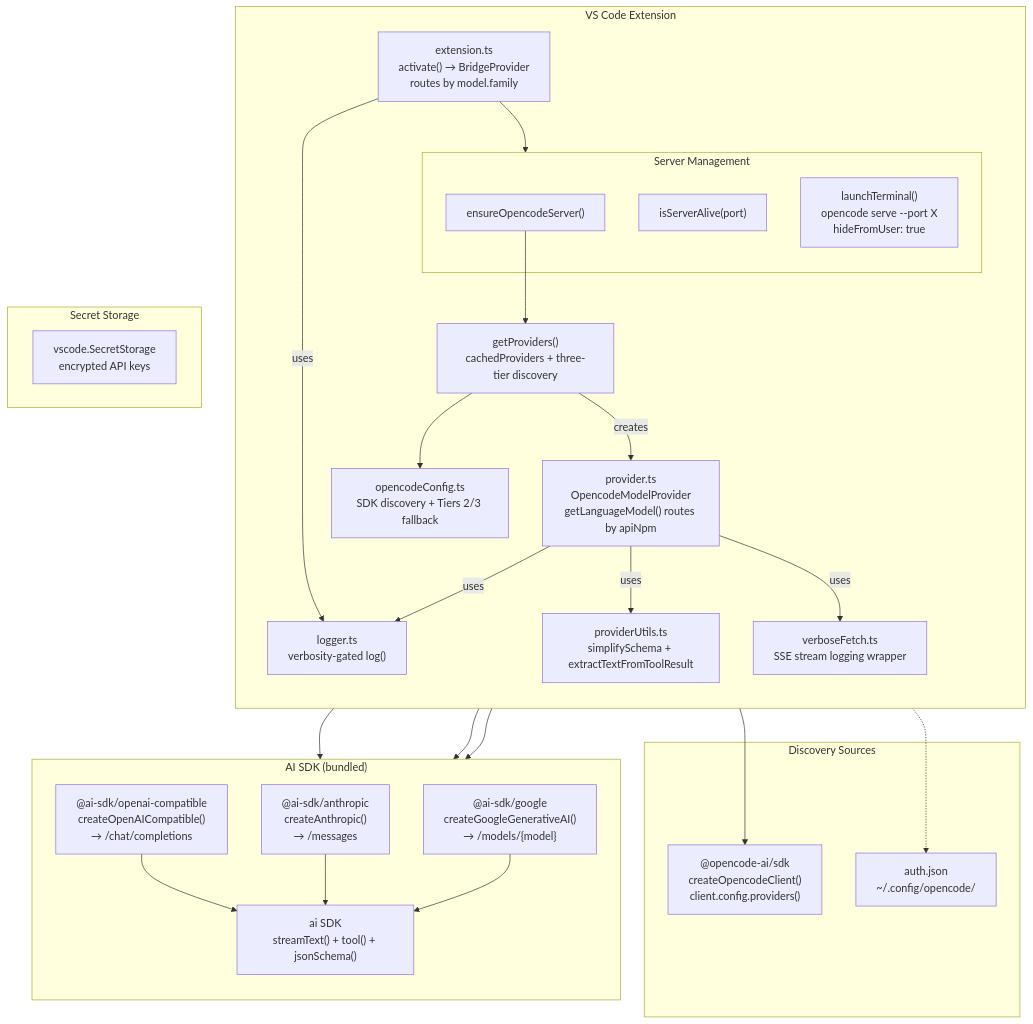
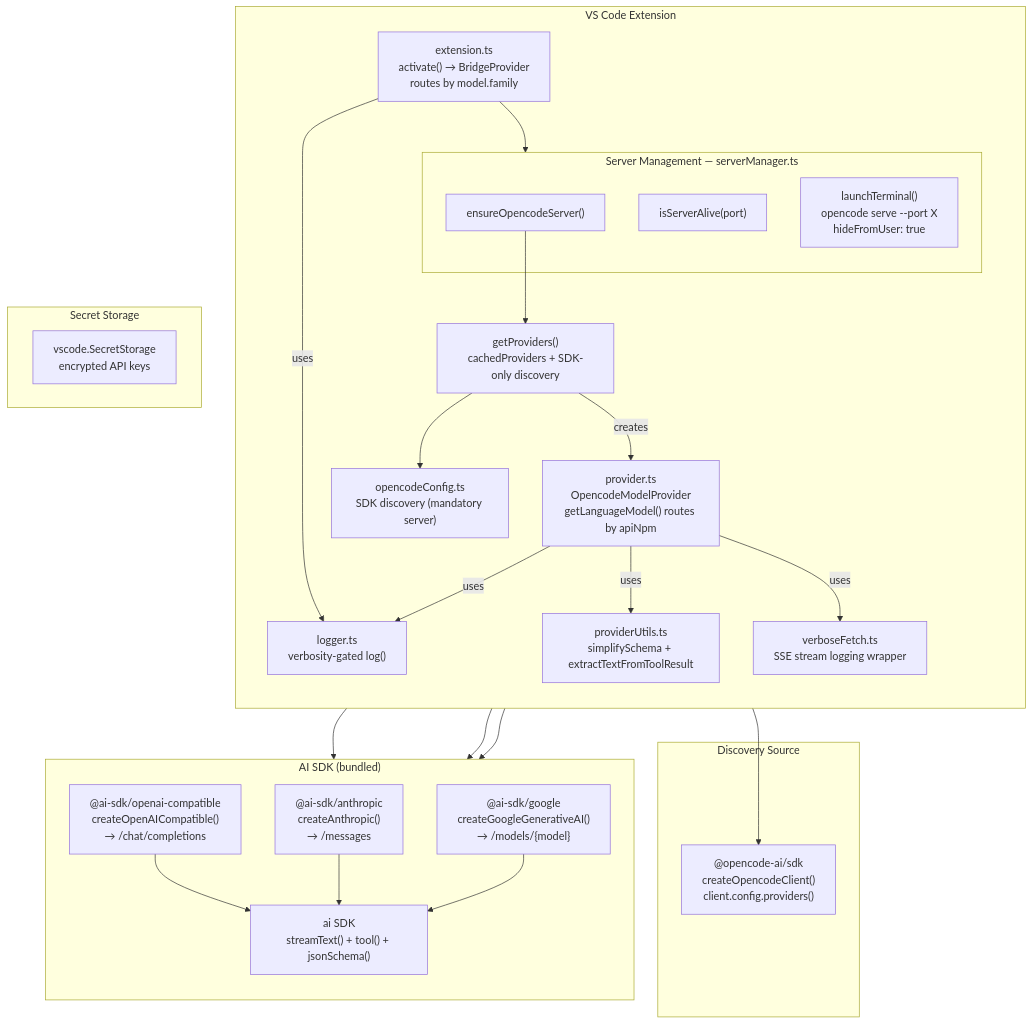
The first of 2 diagrams in ARCHITECTURE.md (ankurmay1988/opencode-provider-bridge), drawn with Mermaid before and after one commit. The commit also changed other lines of this file and 5 other files, not shown here.

Commit message:
chore: local refactor — SDK-only discovery, serverManager extraction, pricing metadata, tool input normalization

````diff
--- a/ARCHITECTURE.md
+++ b/ARCHITECTURE.md
@@ -7,55 +7,53 @@
 ```mermaid
 flowchart TB
     subgraph VSCode["VS Code Extension"]
         direction TB
         ext["extension.ts<br/>activate() → BridgeProvider<br/>routes by model.family"]
 
-        subgraph ServerMgmt["Server Management"]
+        subgraph ServerMgmt["Server Management — serverManager.ts"]
             ensure["ensureOpencodeServer()"]
             alive["isServerAlive(port)"]
             launch["launchTerminal()<br/>opencode serve --port X<br/>hideFromUser: true"]
         end
 
-        cache["getProviders()<br/>cachedProviders + three-tier discovery"]
-        config["opencodeConfig.ts<br/>SDK discovery + Tiers 2/3 fallback"]
+        cache["getProviders()<br/>cachedProviders + SDK-only discovery"]
+        config["opencodeConfig.ts<br/>SDK discovery (mandatory server)"]
         prov["provider.ts<br/>OpencodeModelProvider<br/>getLanguageModel() routes by apiNpm"]
         utils["providerUtils.ts<br/>simplifySchema + extractTextFromToolResult"]
         verbose["verboseFetch.ts<br/>SSE stream logging wrapper"]
         logger["logger.ts<br/>verbosity-gated log()"]
 
         ext --> ServerMgmt
         ensure --> cache
         cache --> config
         cache --creates--> prov
         ext --uses--> logger
         prov --uses--> logger
         prov --uses--> utils
         prov --uses--> verbose
     end
 
-    subgraph Discovery["Discovery Sources"]
+    subgraph Discovery["Discovery Source"]
         sdk["@opencode-ai/sdk<br/>createOpencodeClient()<br/>client.config.providers()"]
-        auth["auth.json<br/>~/.config/opencode/"]
     end
 
     subgraph Execution["AI SDK (bundled)"]
         direction TB
         oai["@ai-sdk/openai-compatible<br/>createOpenAICompatible()<br/>→ /chat/completions"]
         anth["@ai-sdk/anthropic<br/>createAnthropic()<br/>→ /messages"]
         google["@ai-sdk/google<br/>createGoogleGenerativeAI()<br/>→ /models/{model}"]
         ai["ai SDK<br/>streamText() + tool() + jsonSchema()"]
     end
 
     subgraph Secrets["Secret Storage"]
         ss["vscode.SecretStorage<br/>encrypted API keys"]
     end
 
     config --> sdk
-    config -.-> auth
     prov --> oai
     prov --> anth
     prov --> google
     oai --> ai
     anth --> ai
     google --> ai
 ```
````
